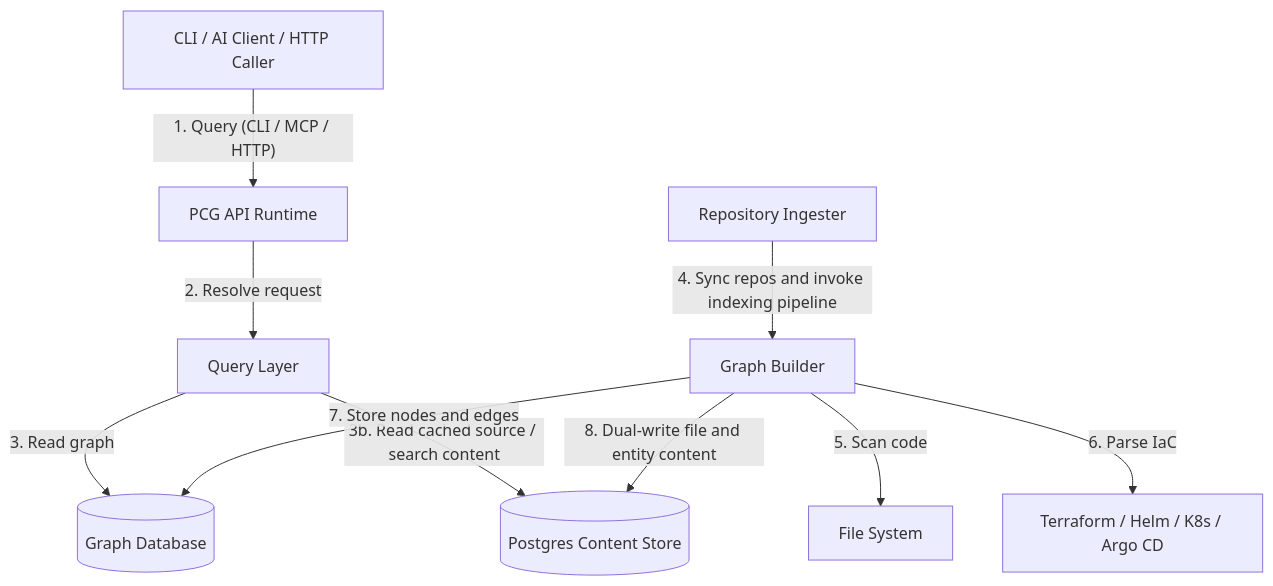
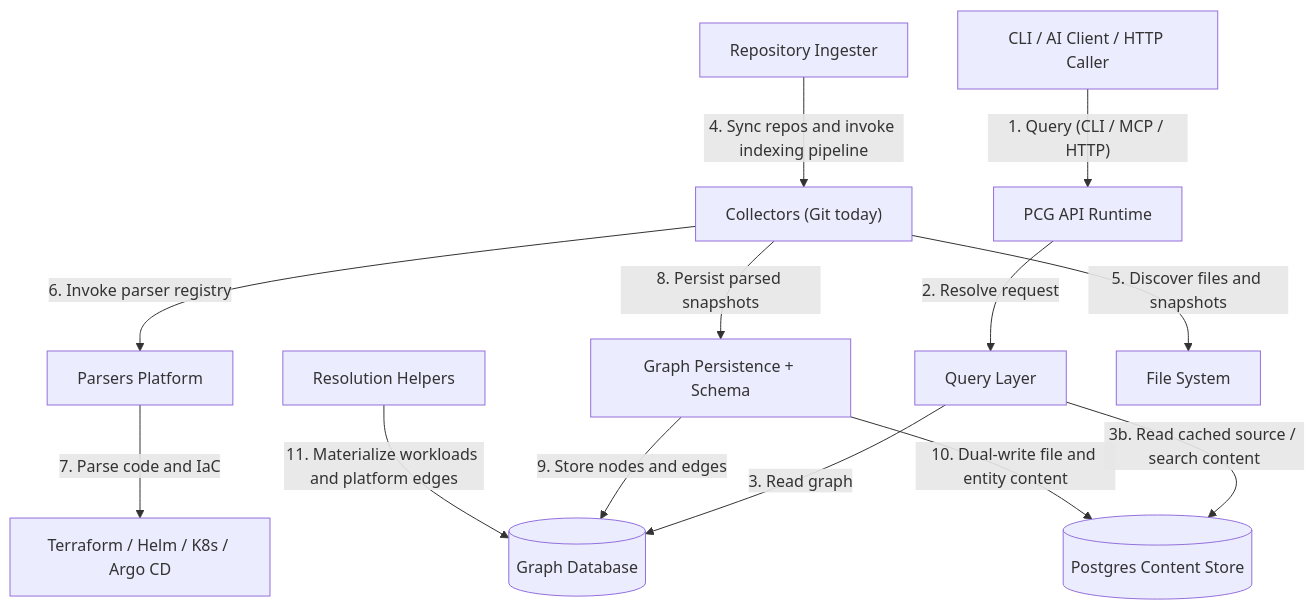
Before and after one commit to platformcontext/platform-context-graph: the diagram in docs/docs/architecture.md, drawn with Mermaid. The commit also changed other lines of this file and 32 other files, not shown here.

````diff
--- a/docs/docs/architecture.md
+++ b/docs/docs/architecture.md
@@ -9,22 +12,28 @@
 ```mermaid
 graph TD
     Client[CLI / AI Client / HTTP Caller]
     API["PCG API Runtime"]
     Ingester["Repository Ingester"]
     Query[Query Layer]
-    Graph[Graph Builder]
+    Collectors["Collectors (Git today)"]
+    Parsers["Parsers Platform"]
+    Graph["Graph Persistence + Schema"]
+    Resolution["Resolution Helpers"]
     DB[(Graph Database)]
     FS[File System]
     IaC[Terraform / Helm / K8s / Argo CD]
     Content[(Postgres Content Store)]
 
     Client -- "1. Query (CLI / MCP / HTTP)" --> API
     API -- "2. Resolve request" --> Query
     Query -- "3. Read graph" --> DB
     Query -- "3b. Read cached source / search content" --> Content
-    Ingester -- "4. Sync repos and invoke indexing pipeline" --> Graph
-    Graph -- "5. Scan code" --> FS
-    Graph -- "6. Parse IaC" --> IaC
-    Graph -- "7. Store nodes and edges" --> DB
-    Graph -- "8. Dual-write file and entity content" --> Content
+    Ingester -- "4. Sync repos and invoke indexing pipeline" --> Collectors
+    Collectors -- "5. Discover files and snapshots" --> FS
+    Collectors -- "6. Invoke parser registry" --> Parsers
+    Parsers -- "7. Parse code and IaC" --> IaC
+    Collectors -- "8. Persist parsed snapshots" --> Graph
+    Graph -- "9. Store nodes and edges" --> DB
+    Graph -- "10. Dual-write file and entity content" --> Content
+    Resolution -- "11. Materialize workloads and platform edges" --> DB
 ```
````
